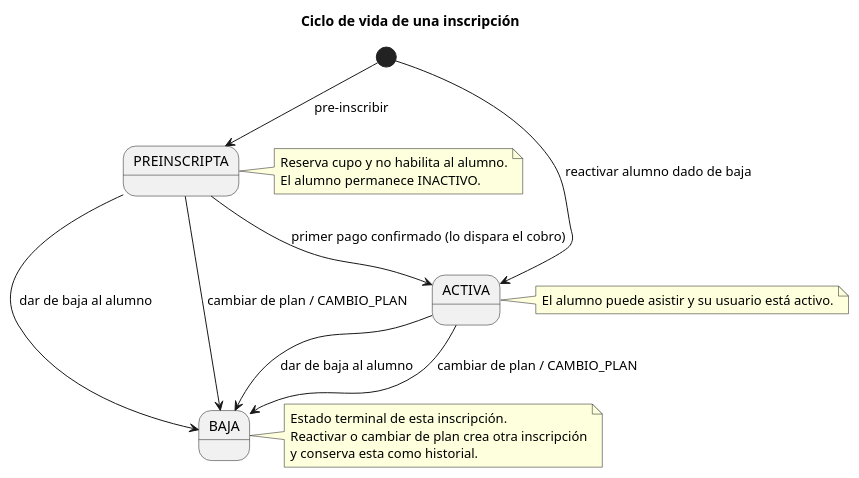
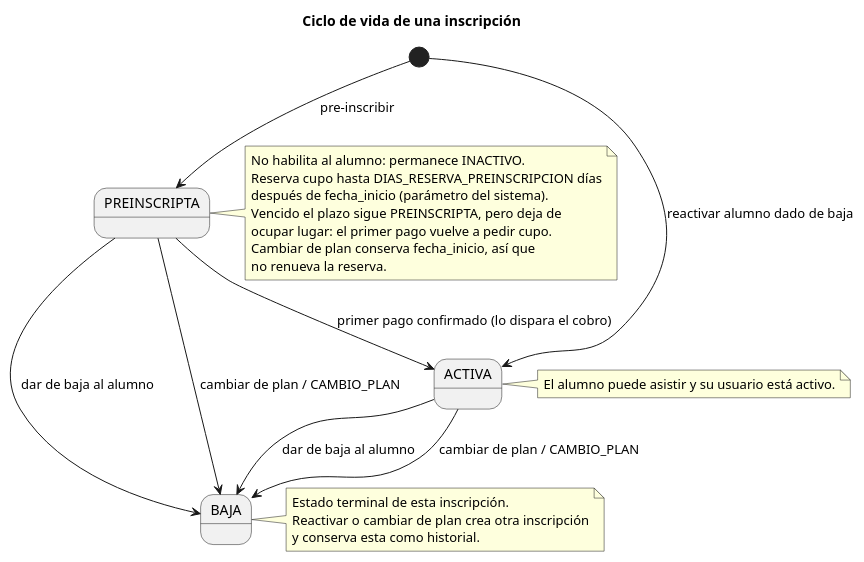
Before and after one commit to centro-fr/MiFR: the diagram in docs/diagrams/puml/estados_inscripcion.puml, drawn with PlantUML.

Commit message:
docs(diagramas): anotar en el ciclo de la inscripción el vencimiento de la reserva de cupo

```diff
--- a/docs/diagrams/puml/estados_inscripcion.puml
+++ b/docs/diagrams/puml/estados_inscripcion.puml
@@ -1,27 +1,32 @@
 @startuml
 title Ciclo de vida de una inscripción
 
 [*] --> PREINSCRIPTA : pre-inscribir
 [*] --> ACTIVA : reactivar alumno dado de baja
 PREINSCRIPTA --> ACTIVA : primer pago confirmado (lo dispara el cobro)
 PREINSCRIPTA --> BAJA : dar de baja al alumno
 ACTIVA --> BAJA : dar de baja al alumno
 PREINSCRIPTA --> BAJA : cambiar de plan / CAMBIO_PLAN
 ACTIVA --> BAJA : cambiar de plan / CAMBIO_PLAN
 
 note right of PREINSCRIPTA
-  Reserva cupo y no habilita al alumno.
-  El alumno permanece INACTIVO.
+  No habilita al alumno: permanece INACTIVO.
+  Reserva cupo hasta DIAS_RESERVA_PREINSCRIPCION días
+  después de fecha_inicio (parámetro del sistema).
+  Vencido el plazo sigue PREINSCRIPTA, pero deja de
+  ocupar lugar: el primer pago vuelve a pedir cupo.
+  Cambiar de plan conserva fecha_inicio, así que
+  no renueva la reserva.
 end note
 
 note right of ACTIVA
   El alumno puede asistir y su usuario está activo.
 end note
 
 note right of BAJA
   Estado terminal de esta inscripción.
   Reactivar o cambiar de plan crea otra inscripción
   y conserva esta como historial.
 end note
 
 @enduml
```
